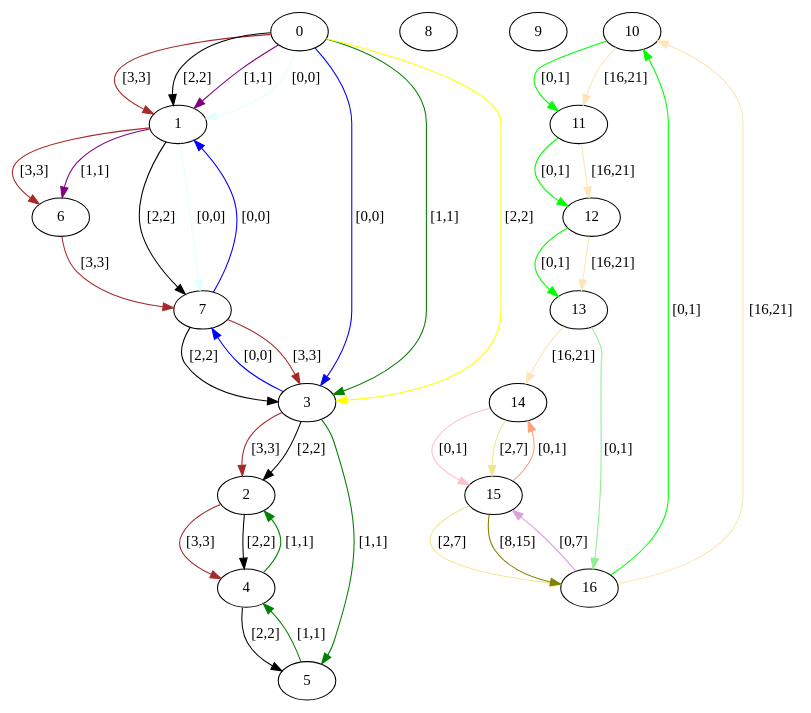
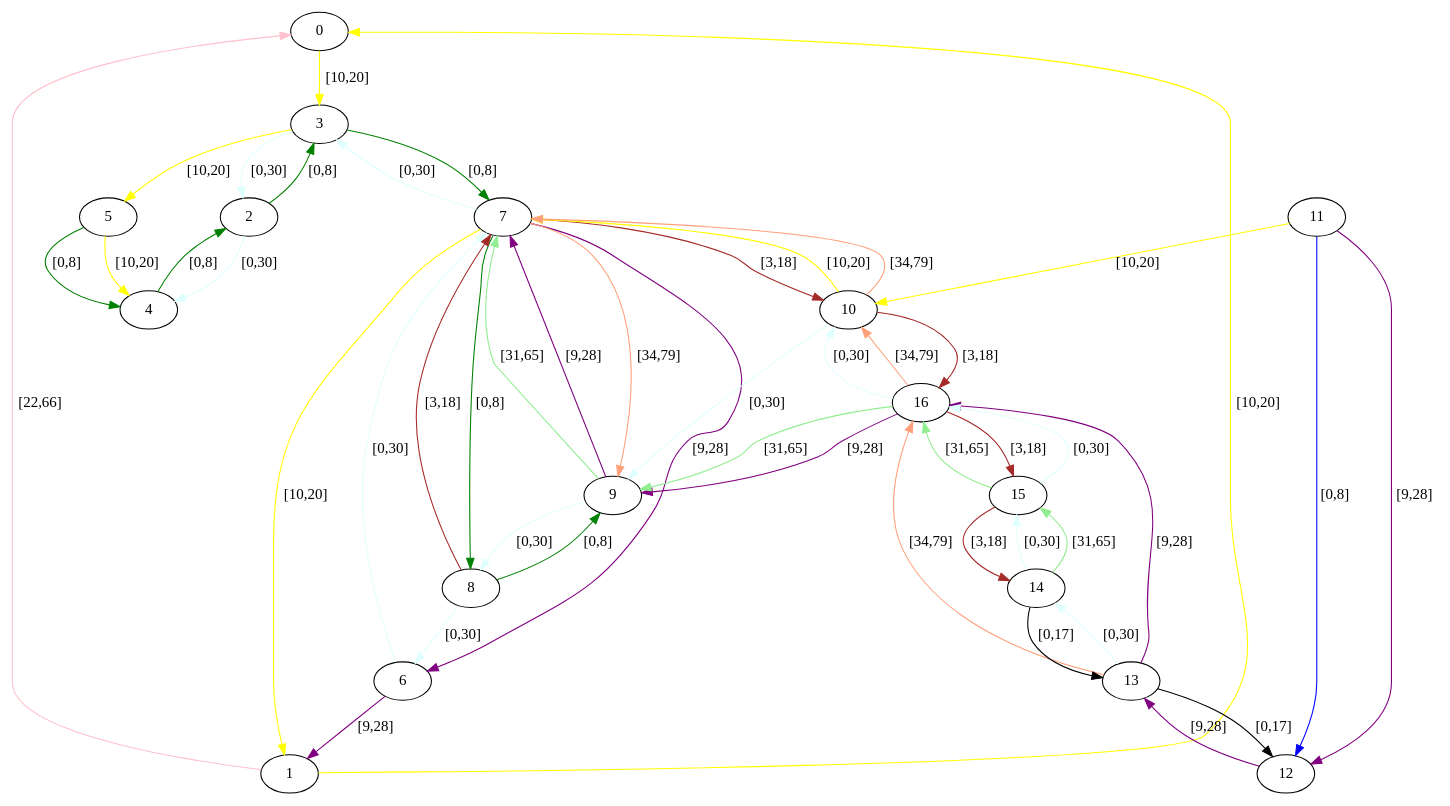
Before and after one commit to Hebbe1234/ExpectAll: the diagram in src/assignedGraphs/assigned.dot, drawn with Graphviz. The commit also changed 4 other files, not shown here.

```diff
--- a/src/assignedGraphs/assigned.dot
+++ b/src/assignedGraphs/assigned.dot
@@ -1,59 +1,67 @@
 digraph  {
 0 [label=0];
 1 [label=1];
 2 [label=2];
 3 [label=3];
 4 [label=4];
 5 [label=5];
 6 [label=6];
 7 [label=7];
 8 [label=8];
 9 [label=9];
 10 [label=10];
 11 [label=11];
 12 [label=12];
 13 [label=13];
 14 [label=14];
 15 [label=15];
 16 [label=16];
-0 -> 3  [color=blue, key=0, label="[0,0]"];
-0 -> 3  [color=green, key=1, label="[1,1]"];
-0 -> 3  [color=yellow, key=2, label="[2,2]"];
-0 -> 1  [color=brown, key=0, label="[3,3]"];
-0 -> 1  [color=black, key=1, label="[2,2]"];
-0 -> 1  [color=purple, key=2, label="[1,1]"];
-0 -> 1  [color=lightcyan, key=3, label="[0,0]"];
-1 -> 6  [color=brown, key=0, label="[3,3]"];
-1 -> 6  [color=purple, key=1, label="[1,1]"];
-1 -> 7  [color=black, key=0, label="[2,2]"];
-1 -> 7  [color=lightcyan, key=1, label="[0,0]"];
-2 -> 4  [color=brown, key=0, label="[3,3]"];
-2 -> 4  [color=black, key=1, label="[2,2]"];
-3 -> 7  [color=blue, key=0, label="[0,0]"];
-3 -> 5  [color=green, key=0, label="[1,1]"];
-3 -> 2  [color=brown, key=0, label="[3,3]"];
-3 -> 2  [color=black, key=1, label="[2,2]"];
-4 -> 2  [color=green, key=0, label="[1,1]"];
-4 -> 5  [color=black, key=0, label="[2,2]"];
-5 -> 4  [color=green, key=0, label="[1,1]"];
-6 -> 7  [color=brown, key=0, label="[3,3]"];
-7 -> 1  [color=blue, key=0, label="[0,0]"];
-7 -> 3  [color=brown, key=0, label="[3,3]"];
-7 -> 3  [color=black, key=1, label="[2,2]"];
-10 -> 11  [color=lime, key=0, label="[0,1]"];
-10 -> 11  [color=moccasin, key=1, label="[16,21]"];
-11 -> 12  [color=lime, key=0, label="[0,1]"];
-11 -> 12  [color=moccasin, key=1, label="[16,21]"];
-12 -> 13  [color=lime, key=0, label="[0,1]"];
-12 -> 13  [color=moccasin, key=1, label="[16,21]"];
-13 -> 16  [color=lightgreen, key=0, label="[0,1]"];
-13 -> 14  [color=moccasin, key=0, label="[16,21]"];
-14 -> 15  [color=pink, key=0, label="[0,1]"];
-14 -> 15  [color=khaki, key=1, label="[2,7]"];
-15 -> 14  [color=lightsalmon, key=0, label="[0,1]"];
-15 -> 16  [color=khaki, key=0, label="[2,7]"];
-15 -> 16  [color=olive, key=1, label="[8,15]"];
-16 -> 10  [color=lime, key=0, label="[0,1]"];
-16 -> 10  [color=moccasin, key=1, label="[16,21]"];
-16 -> 15  [color=plum, key=0, label="[0,7]"];
+0 -> 3  [color=yellow, key=0, label="[10,20]"];
+1 -> 0  [color=yellow, key=0, label="[10,20]"];
+1 -> 0  [color=pink, key=1, label="[22,66]"];
+2 -> 3  [color=green, key=0, label="[0,8]"];
+2 -> 4  [color=lightcyan, key=0, label="[0,30]"];
+3 -> 7  [color=green, key=0, label="[0,8]"];
+3 -> 5  [color=yellow, key=0, label="[10,20]"];
+3 -> 2  [color=lightcyan, key=0, label="[0,30]"];
+4 -> 2  [color=green, key=0, label="[0,8]"];
+5 -> 4  [color=green, key=0, label="[0,8]"];
+5 -> 4  [color=yellow, key=1, label="[10,20]"];
+6 -> 1  [color=purple, key=0, label="[9,28]"];
+6 -> 7  [color=lightcyan, key=0, label="[0,30]"];
+7 -> 8  [color=green, key=0, label="[0,8]"];
+7 -> 1  [color=yellow, key=0, label="[10,20]"];
+7 -> 10  [color=brown, key=0, label="[3,18]"];
+7 -> 6  [color=purple, key=0, label="[9,28]"];
+7 -> 3  [color=lightcyan, key=0, label="[0,30]"];
+7 -> 9  [color=lightsalmon, key=0, label="[34,79]"];
+8 -> 9  [color=green, key=0, label="[0,8]"];
+8 -> 7  [color=brown, key=0, label="[3,18]"];
+8 -> 6  [color=lightcyan, key=0, label="[0,30]"];
+9 -> 7  [color=purple, key=0, label="[9,28]"];
+9 -> 7  [color=lightgreen, key=1, label="[31,65]"];
+9 -> 8  [color=lightcyan, key=0, label="[0,30]"];
+10 -> 7  [color=yellow, key=0, label="[10,20]"];
+10 -> 7  [color=lightsalmon, key=1, label="[34,79]"];
+10 -> 16  [color=brown, key=0, label="[3,18]"];
+10 -> 9  [color=lightcyan, key=0, label="[0,30]"];
+11 -> 12  [color=blue, key=0, label="[0,8]"];
+11 -> 12  [color=purple, key=1, label="[9,28]"];
+11 -> 10  [color=yellow, key=0, label="[10,20]"];
+12 -> 13  [color=purple, key=0, label="[9,28]"];
+13 -> 12  [color=black, key=0, label="[0,17]"];
+13 -> 16  [color=purple, key=0, label="[9,28]"];
+13 -> 16  [color=lightsalmon, key=1, label="[34,79]"];
+13 -> 14  [color=lightcyan, key=0, label="[0,30]"];
+14 -> 13  [color=black, key=0, label="[0,17]"];
+14 -> 15  [color=lightcyan, key=0, label="[0,30]"];
+14 -> 15  [color=lightgreen, key=1, label="[31,65]"];
+15 -> 14  [color=brown, key=0, label="[3,18]"];
+15 -> 16  [color=lightcyan, key=0, label="[0,30]"];
+15 -> 16  [color=lightgreen, key=1, label="[31,65]"];
+16 -> 15  [color=brown, key=0, label="[3,18]"];
+16 -> 9  [color=purple, key=0, label="[9,28]"];
+16 -> 9  [color=lightgreen, key=1, label="[31,65]"];
+16 -> 10  [color=lightcyan, key=0, label="[0,30]"];
+16 -> 10  [color=lightsalmon, key=1, label="[34,79]"];
 }
```
